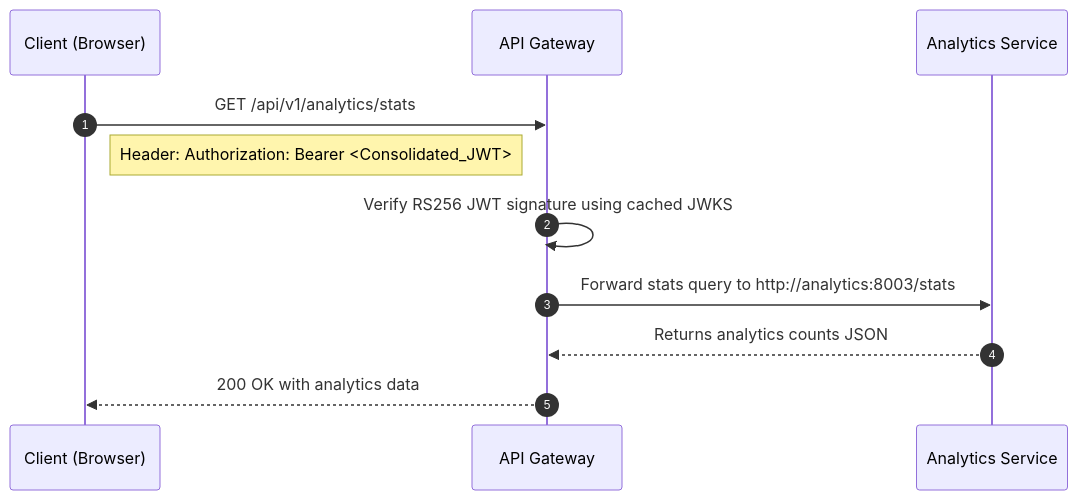
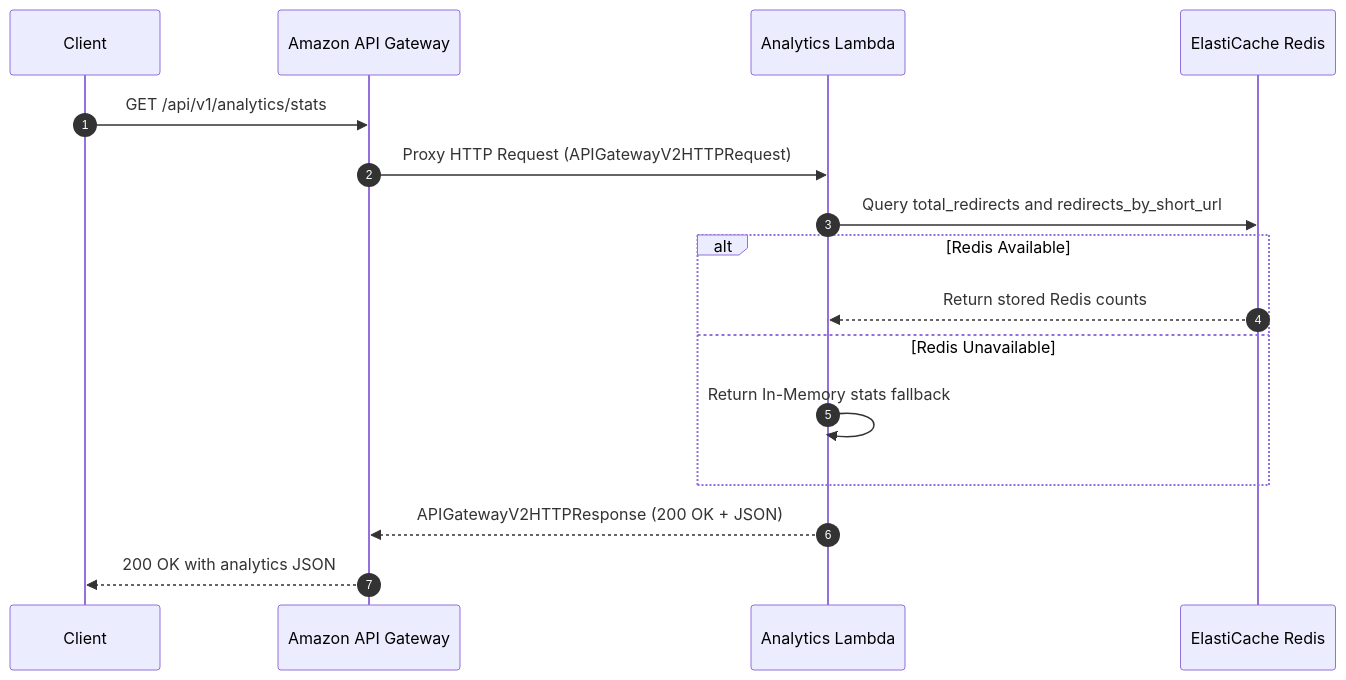
The second of 2 diagrams in design/analytics/01-analytics-design.md (boycececil666gmailcom/Microservice-Auth-Platform), drawn with Mermaid before and after one commit. The commit also changed other lines of this file and 4 other files, not shown here.

````diff
--- a/design/analytics/01-analytics-design.md
+++ b/design/analytics/01-analytics-design.md
@@ -38,16 +40,19 @@
 ```mermaid
 sequenceDiagram
     autonumber
-    participant C as Client (Browser)
-    participant G as API Gateway
-    participant A as Analytics Service
+    participant C as Client
+    participant G as Amazon API Gateway
+    participant A as Analytics Lambda
+    participant R as ElastiCache Redis
 
     C->>G: GET /api/v1/analytics/stats
-    Note right of C: Header: Authorization: Bearer <Consolidated_JWT>
-    
-    G->>G: Verify RS256 JWT signature using cached JWKS
-    
-    G->>A: Forward stats query to http://analytics:8003/stats
-    A-->>G: Returns analytics counts JSON
-    G-->>C: 200 OK with analytics data
+    G->>A: Proxy HTTP Request (APIGatewayV2HTTPRequest)
+    A->>R: Query total_redirects and redirects_by_short_url
+    alt Redis Available
+        R-->>A: Return stored Redis counts
+    else Redis Unavailable
+        A->>A: Return In-Memory stats fallback
+    end
+    A-->>G: APIGatewayV2HTTPResponse (200 OK + JSON)
+    G-->>C: 200 OK with analytics JSON
 ```
````
